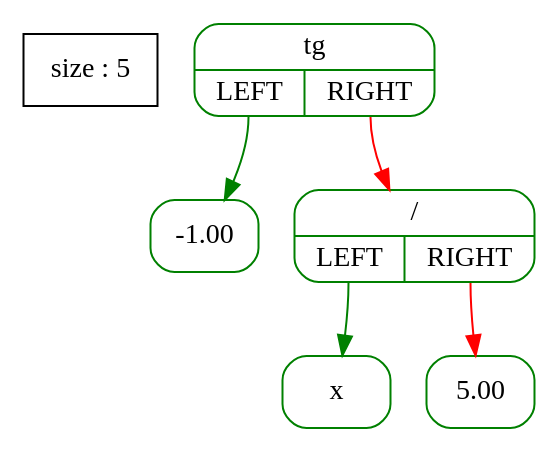
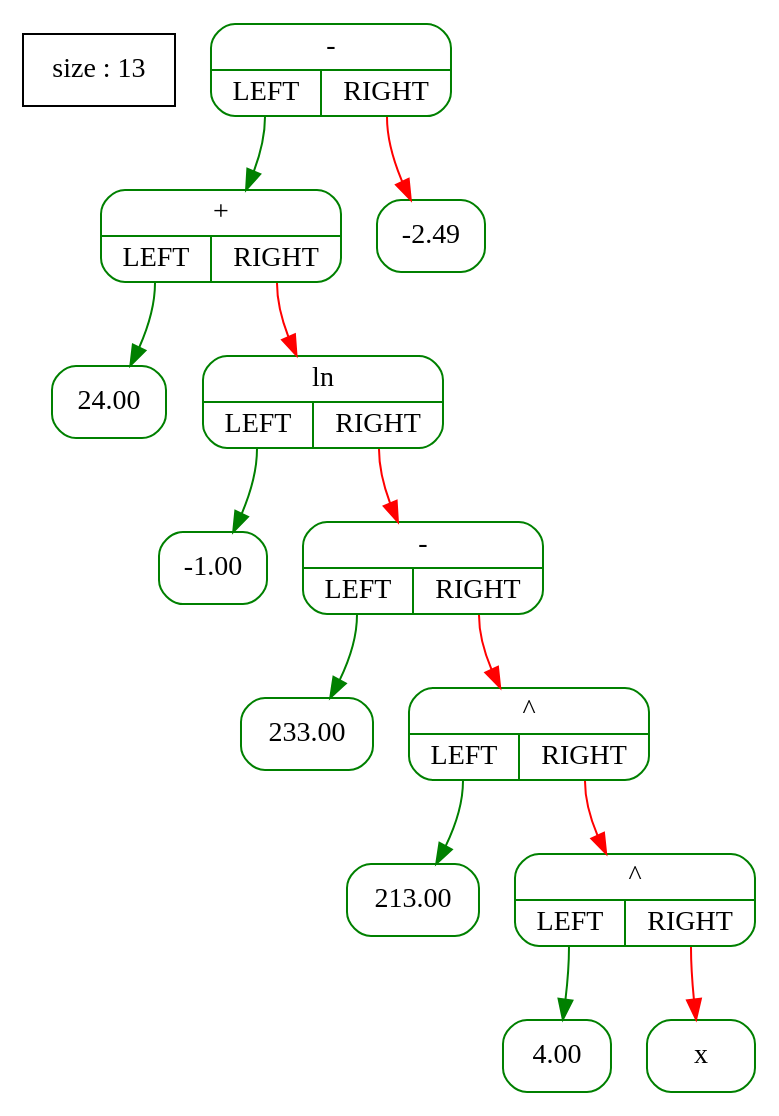
One commit to A-Elbereth-Gilthoniel/Differentiator changed the diagram in files/Tree_graph2.dot. Above: the diagram before and after it, drawn with Graphviz. The commit also changed 24 other files, not shown here.

```diff
--- a/files/Tree_graph2.dot
+++ b/files/Tree_graph2.dot
@@ -1,14 +1,30 @@
 digraph G {                
-  tree [shape=box ; stryle=rounded ; label="size : 5"];                
+  tree [shape=box ; stryle=rounded ; label="size : 13"];                
   edge [color=black];                
   node [shape=record ; style=rounded ; color=green];
-14888144 [label="{tg|{<YES>LEFT|<NO>RIGHT}}"];
-14878000 [label="{-1.00}"];
-14888024 [label="{/|{<YES>LEFT|<NO>RIGHT}}"];
-14878040 [label="{x}"];
-14878080 [label="{5.00}"];
-14888144:<YES> -> 14878000 [color=green];
-14888144:<NO> -> 14888024 [color=red];
-14888024:<YES> -> 14878040 [color=green];
-14888024:<NO> -> 14878080 [color=red];
+14715552 [label="{-|{<YES>LEFT|<NO>RIGHT}}"];
+14714112 [label="{+|{<YES>LEFT|<NO>RIGHT}}"];
+14690040 [label="{24.00}"];
+14714432 [label="{ln|{<YES>LEFT|<NO>RIGHT}}"];
+14689480 [label="{-1.00}"];
+14713752 [label="{-|{<YES>LEFT|<NO>RIGHT}}"];
+14689880 [label="{233.00}"];
+14690200 [label="{^|{<YES>LEFT|<NO>RIGHT}}"];
+14689520 [label="{213.00}"];
+14690000 [label="{^|{<YES>LEFT|<NO>RIGHT}}"];
+14689920 [label="{4.00}"];
+14689960 [label="{x}"];
+14715512 [label="{-2.49}"];
+14715552:<YES> -> 14714112 [color=green];
+14714112:<YES> -> 14690040 [color=green];
+14714112:<NO> -> 14714432 [color=red];
+14714432:<YES> -> 14689480 [color=green];
+14714432:<NO> -> 14713752 [color=red];
+14713752:<YES> -> 14689880 [color=green];
+14713752:<NO> -> 14690200 [color=red];
+14690200:<YES> -> 14689520 [color=green];
+14690200:<NO> -> 14690000 [color=red];
+14690000:<YES> -> 14689920 [color=green];
+14690000:<NO> -> 14689960 [color=red];
+14715552:<NO> -> 14715512 [color=red];
 }
```
